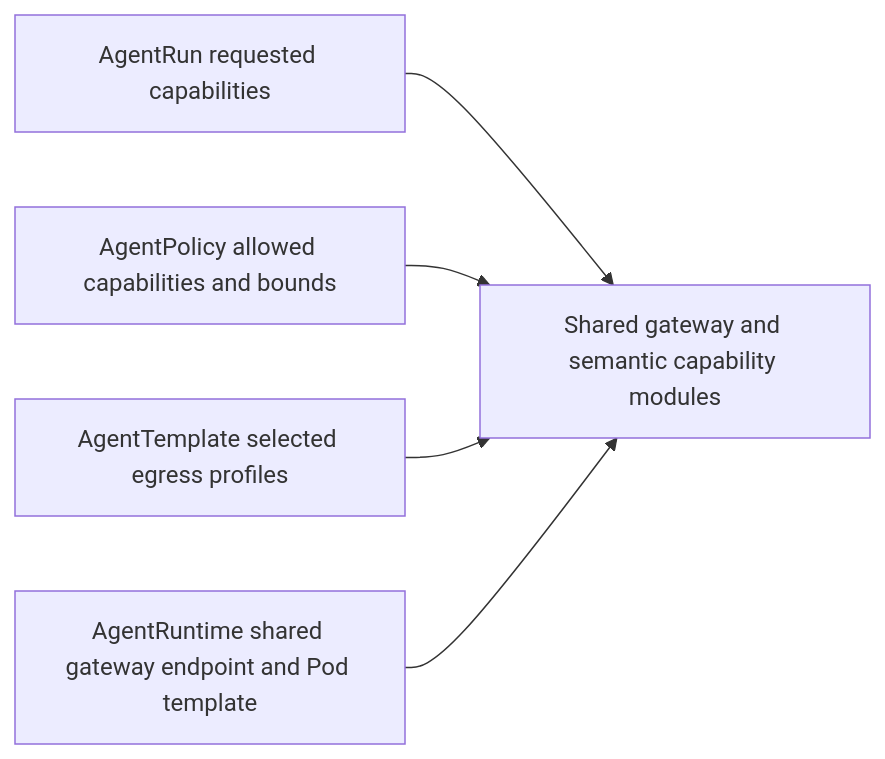
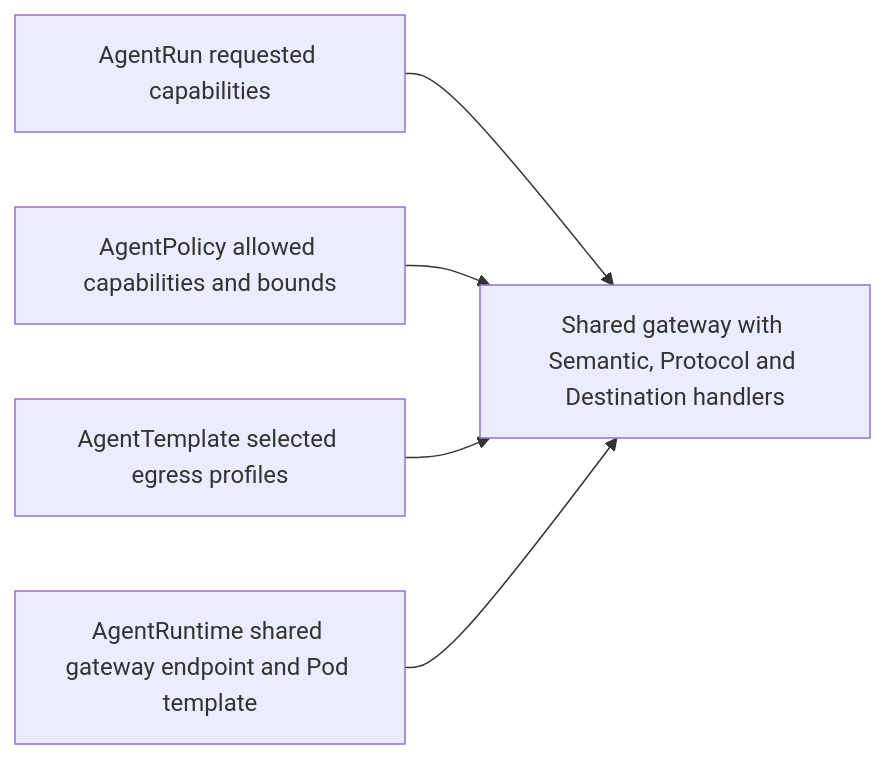
One commit to andrewmccall/sproozi changed the diagram in docs/explanations/capabilities-and-gateways.md. Above: the diagram before and after it, drawn with Mermaid. The commit also changed other lines of this file and 76 other files, not shown here.

````diff
--- a/docs/explanations/capabilities-and-gateways.md
+++ b/docs/explanations/capabilities-and-gateways.md
@@ -7,13 +7,13 @@
 ```mermaid
 flowchart LR
     Run[AgentRun requested capabilities]
     Policy[AgentPolicy allowed capabilities and bounds]
     Template[AgentTemplate selected egress profiles ]
     Runtime[AgentRuntime shared gateway endpoint and Pod template]
-    Gateways[Shared gateway and semantic capability modules]
+    Gateways[Shared gateway with Semantic, Protocol and Destination handlers]
 
     Run --> Gateways
     Policy --> Gateways
     Template --> Gateways
     Runtime --> Gateways
 ```
````
